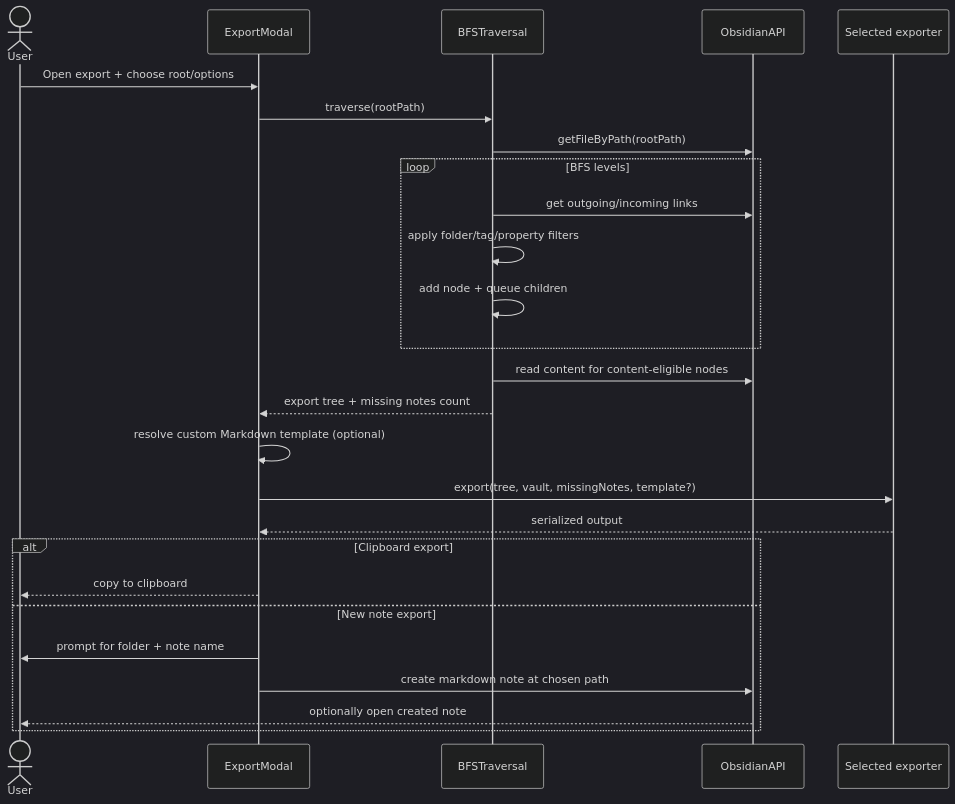
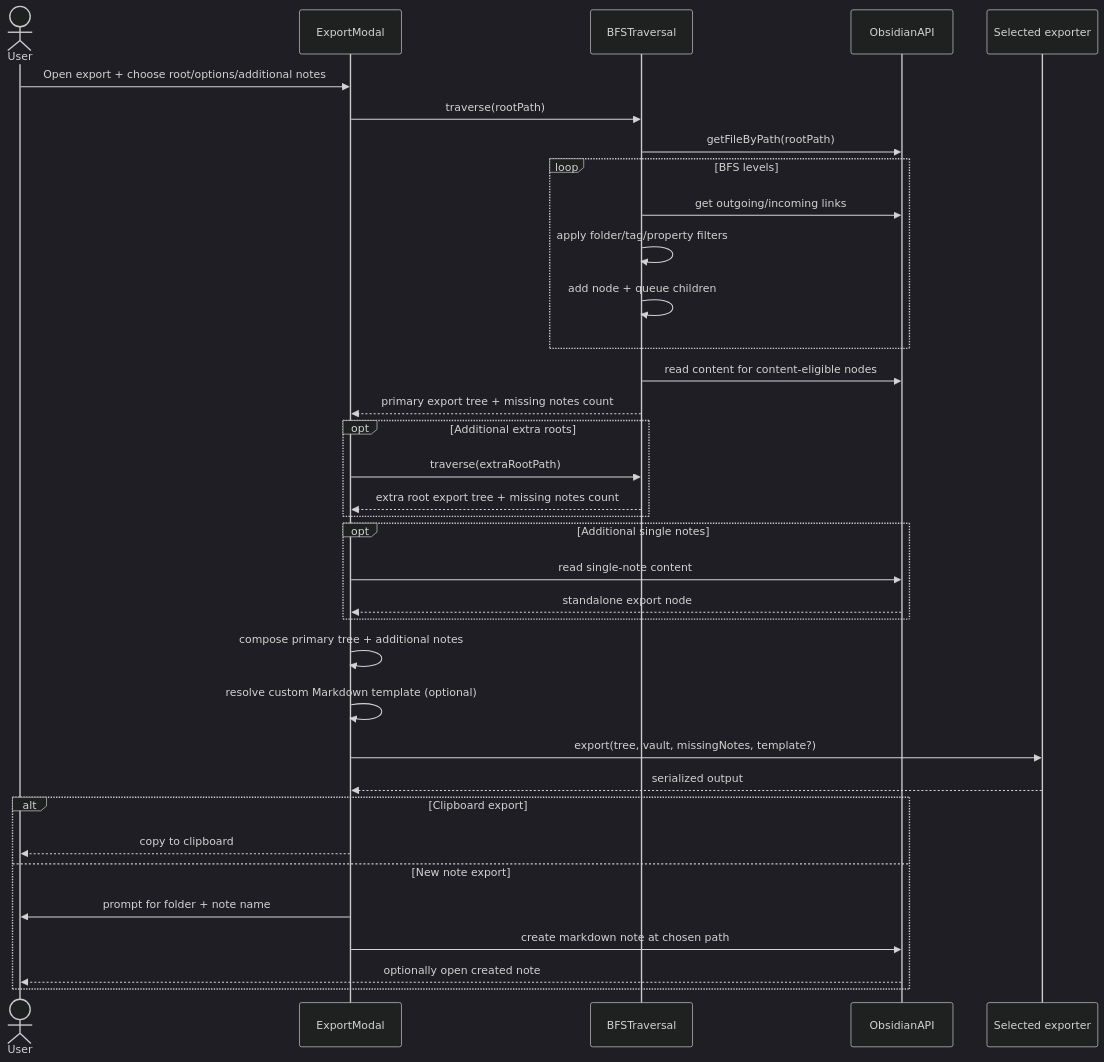
The first of 3 diagrams in docs/export-architecture.md (LittleHaku/obsidian-smart-export), drawn with Mermaid (dark theme) before and after one commit. The commit also changed other lines of this file and 15 other files, not shown here.

````diff
--- a/docs/export-architecture.md
+++ b/docs/export-architecture.md
@@ -22,29 +23,38 @@
 ```mermaid
 sequenceDiagram
     actor User
     participant Modal as ExportModal
     participant Traversal as BFSTraversal
     participant API as ObsidianAPI
     participant Exporter as Selected exporter
 
-    User->>Modal: Open export + choose root/options
+    User->>Modal: Open export + choose root/options/additional notes
     Modal->>Traversal: traverse(rootPath)
     Traversal->>API: getFileByPath(rootPath)
     loop BFS levels
         Traversal->>API: get outgoing/incoming links
         Traversal->>Traversal: apply folder/tag/property filters
         Traversal->>Traversal: add node + queue children
     end
     Traversal->>API: read content for content-eligible nodes
-    Traversal-->>Modal: export tree + missing notes count
+    Traversal-->>Modal: primary export tree + missing notes count
+    opt Additional extra roots
+        Modal->>Traversal: traverse(extraRootPath)
+        Traversal-->>Modal: extra root export tree + missing notes count
+    end
+    opt Additional single notes
+        Modal->>API: read single-note content
+        API-->>Modal: standalone export node
+    end
+    Modal->>Modal: compose primary tree + additional notes
     Modal->>Modal: resolve custom Markdown template (optional)
     Modal->>Exporter: export(tree, vault, missingNotes, template?)
     Exporter-->>Modal: serialized output
     alt Clipboard export
         Modal-->>User: copy to clipboard
     else New note export
         Modal->>User: prompt for folder + note name
         Modal->>API: create markdown note at chosen path
         API-->>User: optionally open created note
     end
 ```
````
